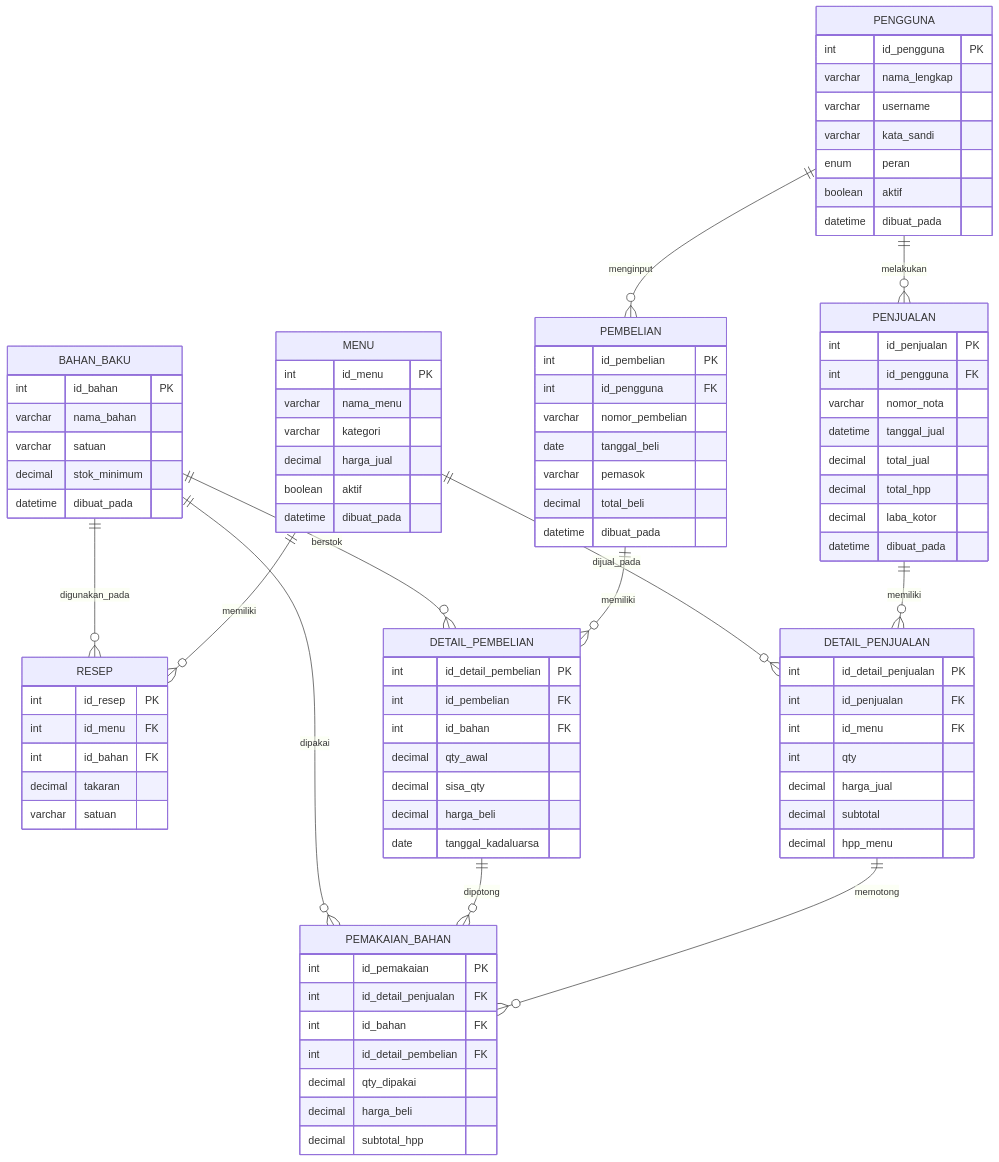
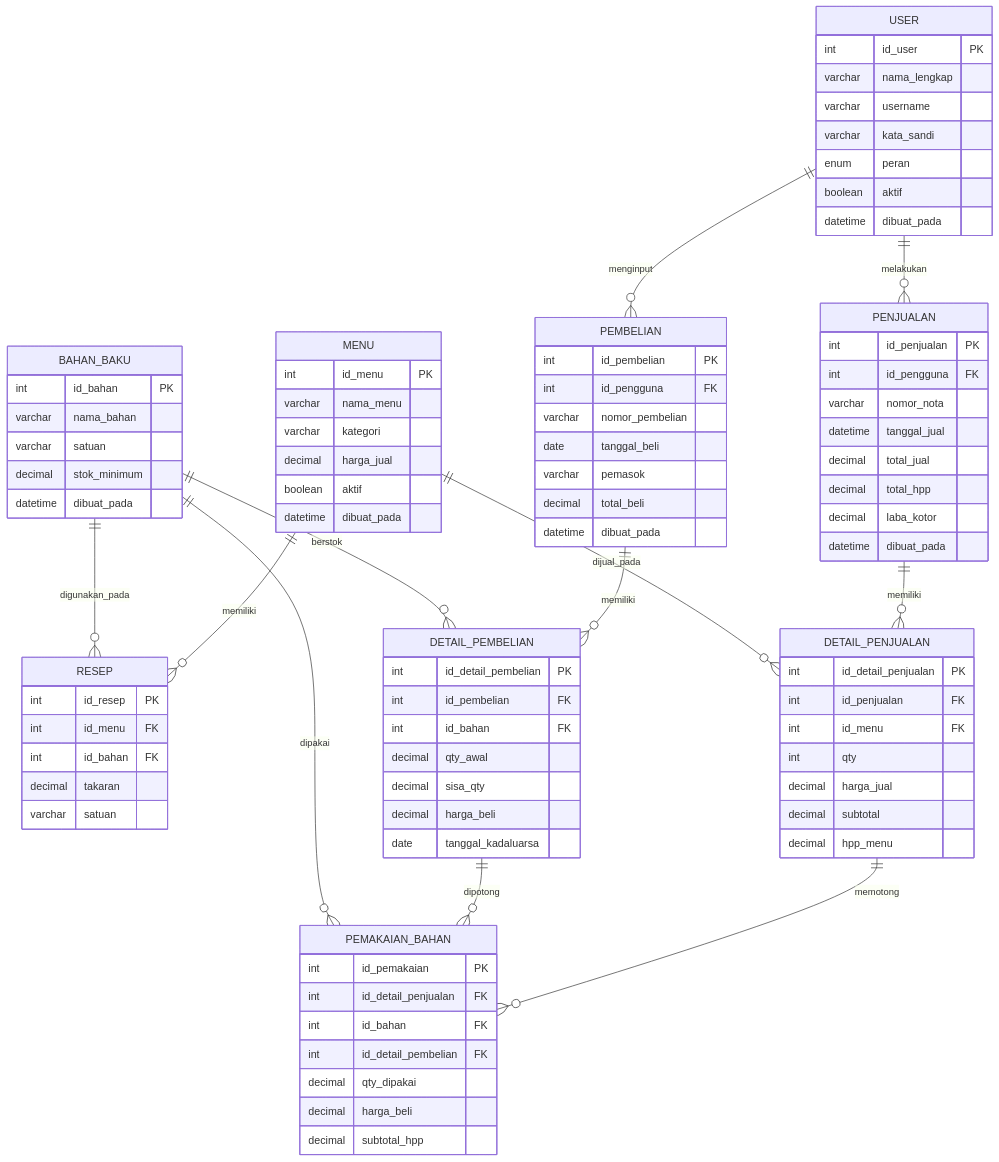
The diagram in ta/ERD_Relasi_Gambar3-1.md (ln-tc999/hack), drawn with Mermaid before and after one commit.

````diff
--- a/ta/ERD_Relasi_Gambar3-1.md
+++ b/ta/ERD_Relasi_Gambar3-1.md
@@ -14,7 +14,7 @@
 ```mermaid
 erDiagram
-    PENGGUNA   ||--o{ PEMBELIAN       : menginput
-    PENGGUNA   ||--o{ PENJUALAN       : melakukan
+    USER   ||--o{ PEMBELIAN       : menginput
+    USER   ||--o{ PENJUALAN       : melakukan
     MENU       ||--o{ RESEP           : memiliki
     BAHAN_BAKU ||--o{ RESEP           : digunakan_pada
     PEMBELIAN  ||--o{ DETAIL_PEMBELIAN: memiliki
@@ -25,8 +25,8 @@
     DETAIL_PEMBELIAN ||--o{ PEMAKAIAN_BAHAN : dipotong
     BAHAN_BAKU       ||--o{ PEMAKAIAN_BAHAN : dipakai
 
-    PENGGUNA {
-        int id_pengguna PK
+    USER {
+        int id_user PK
         varchar nama_lengkap
         varchar username
         varchar kata_sandi
@@ -102,4 +102,6 @@
         decimal harga_beli
         decimal subtotal_hpp
     }
+
+  
 ```
````
